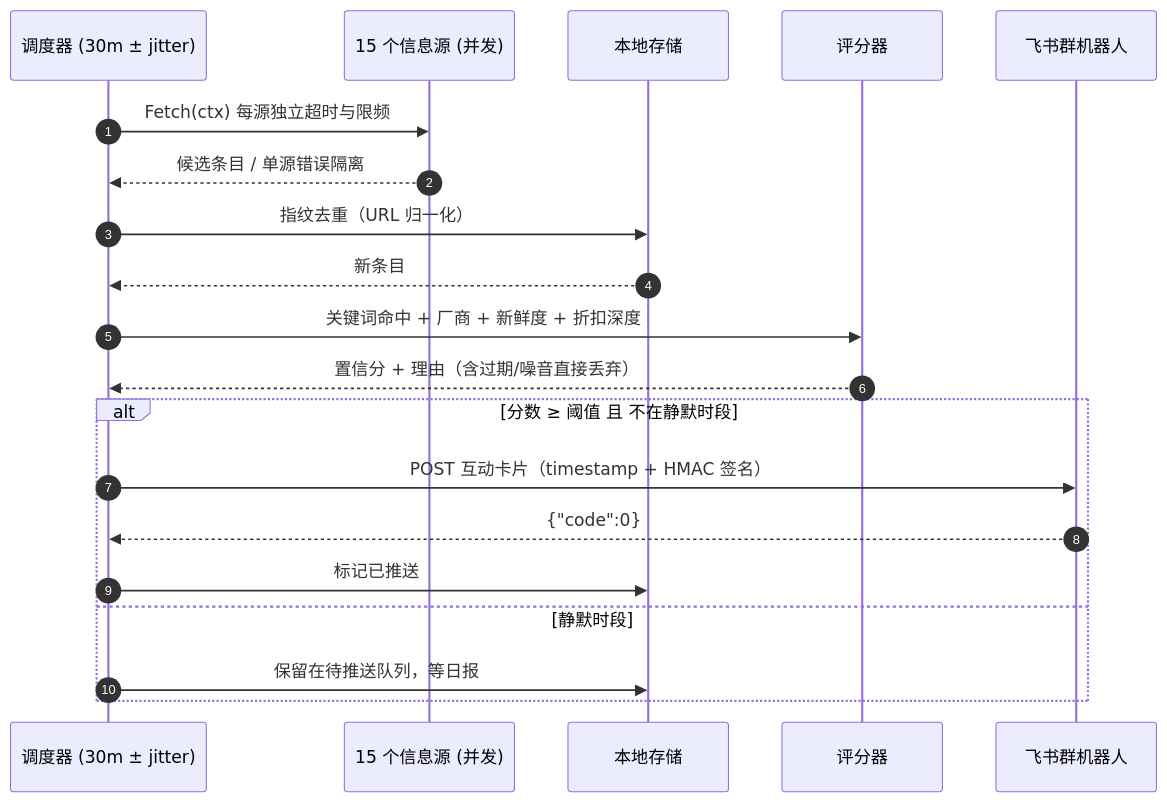
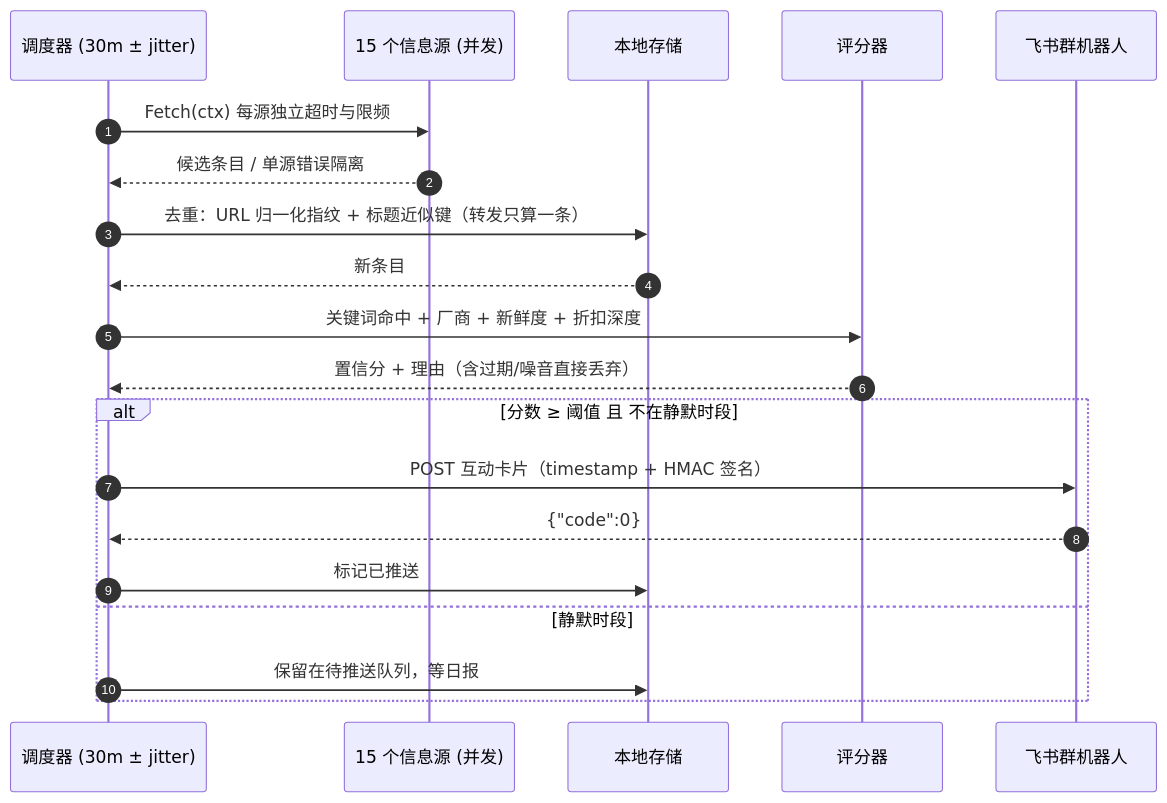
The second of 5 diagrams in README.md (xiabee/Deal-Hunter), drawn with Mermaid before and after one commit. The commit also changed other lines of this file and 10 other files, not shown here.

````diff
--- a/README.md
+++ b/README.md
@@ -64,23 +64,23 @@
 ```mermaid
 sequenceDiagram
     autonumber
     participant SC as 调度器 (30m ± jitter)
     participant SRC as 15 个信息源 (并发)
     participant ST as 本地存储
     participant Score as 评分器
     participant FS as 飞书群机器人
 
     SC->>SRC: Fetch(ctx) 每源独立超时与限频
     SRC-->>SC: 候选条目 / 单源错误隔离
-    SC->>ST: 指纹去重（URL 归一化）
+    SC->>ST: 去重：URL 归一化指纹 + 标题近似键（转发只算一条）
     ST-->>SC: 新条目
     SC->>Score: 关键词命中 + 厂商 + 新鲜度 + 折扣深度
     Score-->>SC: 置信分 + 理由（含过期/噪音直接丢弃）
     alt 分数 ≥ 阈值 且 不在静默时段
         SC->>FS: POST 互动卡片（timestamp + HMAC 签名）
         FS-->>SC: {"code":0}
         SC->>ST: 标记已推送
     else 静默时段
         SC->>ST: 保留在待推送队列，等日报
     end
 ```
````
